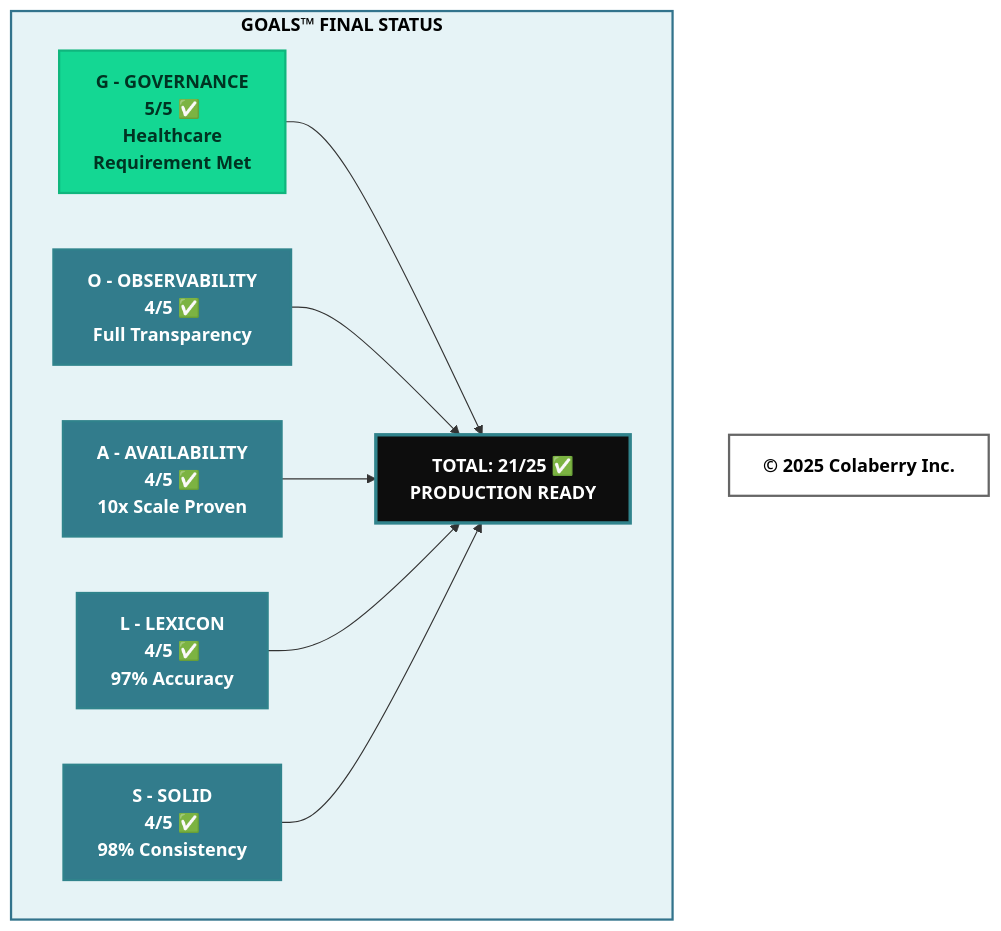
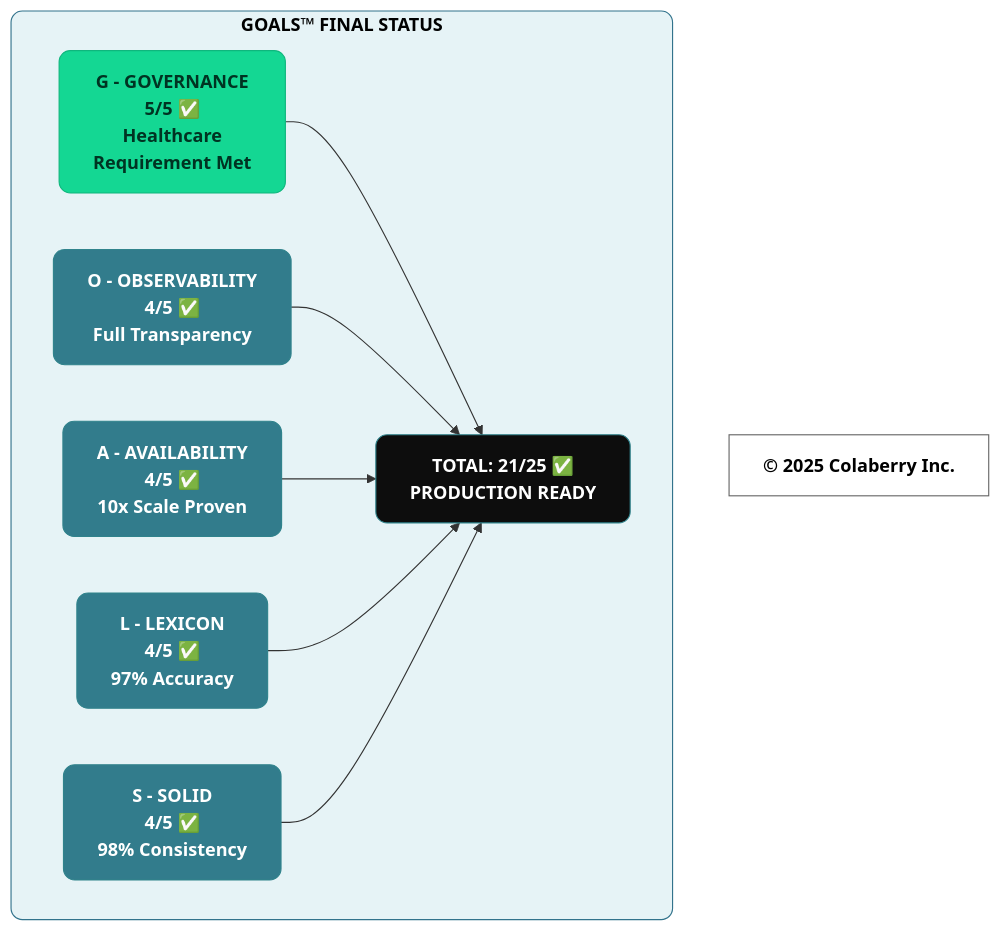
Before and after one commit to colaberry/trust-before-intelligence-book: the ninth of 11 diagrams in manuscript/09_chapter_8_architecture_of_trust_in_action.md, drawn with Mermaid. The commit also changed other lines of this file and 12 other files, not shown here.

````diff
--- a/manuscript/09_chapter_8_architecture_of_trust_in_action.md
+++ b/manuscript/09_chapter_8_architecture_of_trust_in_action.md
@@ -963,29 +963,29 @@
 ```mermaid
 graph TB
     subgraph FINAL["<b>GOALS™ FINAL STATUS</b>"]
         G["<b>G - GOVERNANCE</b><br/><b>5/5 ✅</b><br/><b>Healthcare <br/>Requirement Met</b>"]
         O["<b>O - OBSERVABILITY</b><br/><b>4/5 ✅</b><br/><b>Full Transparency</b>"]
         A["<b>A - AVAILABILITY</b><br/><b>4/5 ✅</b><br/><b>10x Scale Proven</b>"]
         L["<b>L - LEXICON</b><br/><b>4/5 ✅</b><br/><b>97% Accuracy</b>"]
         S["<b>S - SOLID</b><br/><b>4/5 ✅</b><br/><b>98% Consistency</b>"]
         
         TOTAL["<b>TOTAL: 21/25 ✅</b><br/><b>PRODUCTION READY</b>"]
     end
     
     G --> TOTAL
     O --> TOTAL
     A --> TOTAL
     L --> TOTAL
     S --> TOTAL
     
-    style FINAL fill:#E6F3F6,stroke:#32738C,stroke-width:2px,color:#000000
-    style G fill:#14D793,stroke:#0FB67D,stroke-width:2px,color:#003322
-    style O fill:#327C8C,stroke:#30838C,stroke-width:2px,color:#ffffff
-    style A fill:#327C8C,stroke:#30838C,stroke-width:2px,color:#ffffff
-    style L fill:#327C8C,stroke:#30838C,stroke-width:2px,color:#ffffff
-    style S fill:#327C8C,stroke:#30838C,stroke-width:2px,color:#ffffff
-    style TOTAL fill:#0D0D0D,stroke:#30838C,stroke-width:3px,color:#ffffff
+    style FINAL fill:#E6F3F6,stroke:#32738C,stroke-width:1px,color:#000000,rx:10,ry:10
+    style G fill:#14D793,stroke:#0FB67D,stroke-width:1px,color:#003322,rx:10,ry:10
+    style O fill:#327C8C,stroke:#30838C,stroke-width:1px,color:#ffffff,rx:10,ry:10
+    style A fill:#327C8C,stroke:#30838C,stroke-width:1px,color:#ffffff,rx:10,ry:10
+    style L fill:#327C8C,stroke:#30838C,stroke-width:1px,color:#ffffff,rx:10,ry:10
+    style S fill:#327C8C,stroke:#30838C,stroke-width:1px,color:#ffffff,rx:10,ry:10
+    style TOTAL fill:#0D0D0D,stroke:#30838C,stroke-width:1px,color:#ffffff,rx:10,ry:10
     
     Copyright["<b>© 2025 Colaberry Inc.</b>"]
-    style Copyright fill:#ffffff,stroke:#666666,stroke-width:2px,color:#000000
+    style Copyright fill:none,stroke:#666666,stroke-width:1px,color:#000000
 ```
````
